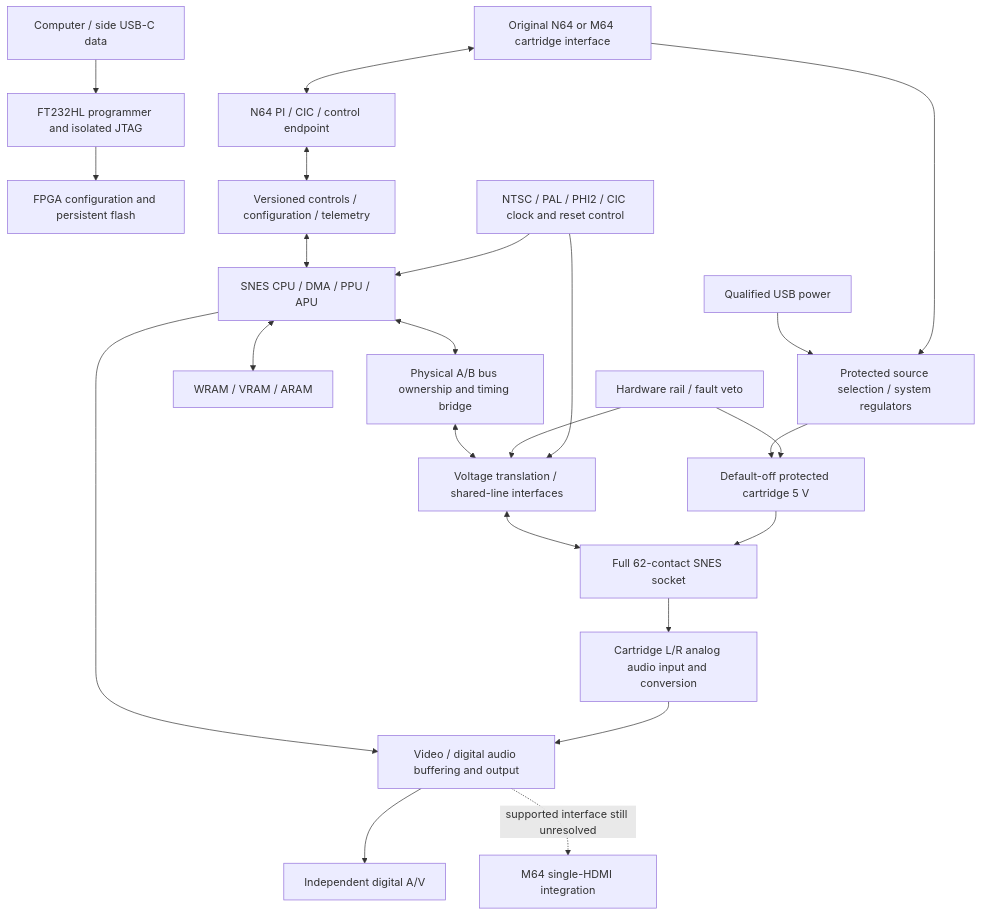
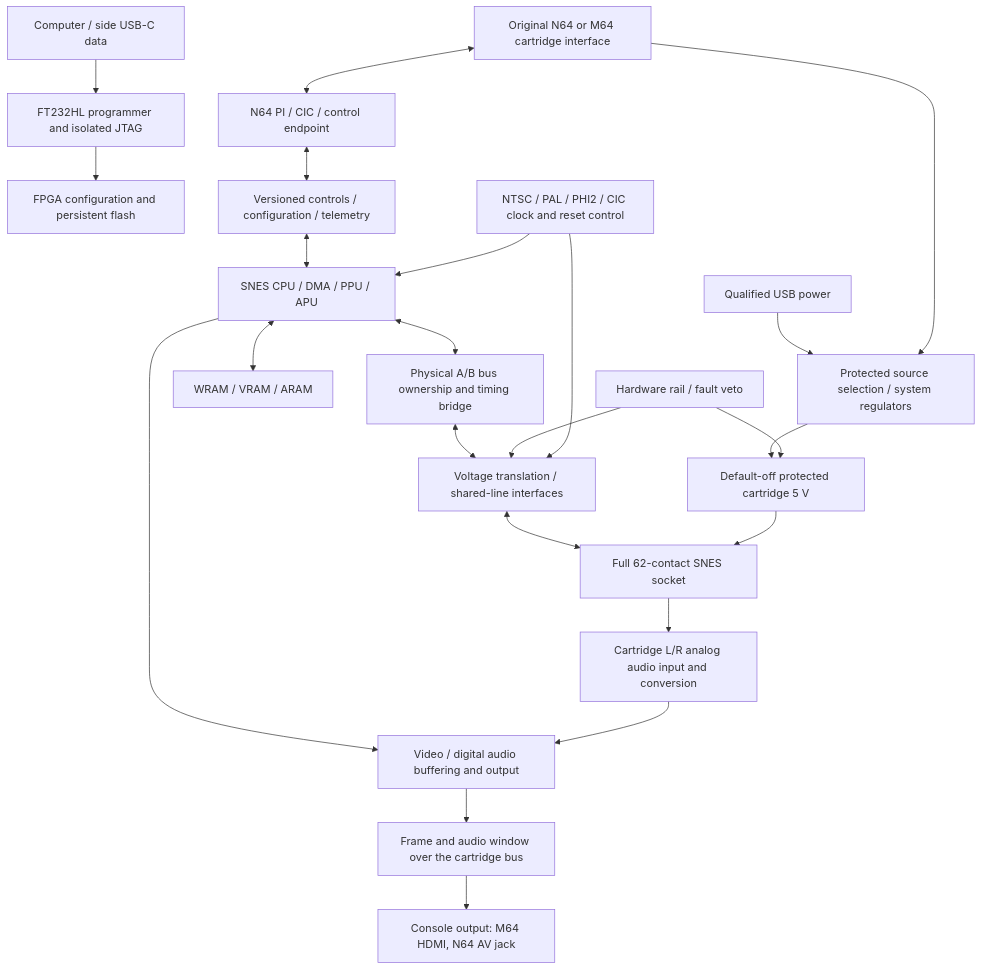
Before and after one commit to FantomZap/SN-64: the diagram in docs/architecture.md, drawn with Mermaid. The commit also changed other lines of this file and 73 other files, not shown here.

First line of the commit message:
Remove the on-board HDMI output: the console's own output is the only video path

````diff
--- a/docs/architecture.md
+++ b/docs/architecture.md
@@ -7,25 +7,25 @@
 ```mermaid
 flowchart TB
   PC[Computer / side USB-C data] --> USB[FT232HL programmer and isolated JTAG]
   USB --> CFG[FPGA configuration and persistent flash]
   US[Qualified USB power] --> PWR[Protected source selection / system regulators]
   HOST[Original N64 or M64 cartridge interface] --> PWR
   HOST <--> ENDPOINT[N64 PI / CIC / control endpoint]
   ENDPOINT <--> MAIL[Versioned controls / configuration / telemetry]
   MAIL <--> CORE[SNES CPU / DMA / PPU / APU]
   CORE <--> MEM[WRAM / VRAM / ARAM]
   CORE <--> BRIDGE[Physical A/B bus ownership and timing bridge]
   BRIDGE <--> LEVEL[Voltage translation / shared-line interfaces]
   LEVEL <--> SLOT[Full 62-contact SNES socket]
   PWR --> SWITCH[Default-off protected cartridge 5 V]
   SWITCH --> SLOT
   MON[Hardware rail / fault veto] --> SWITCH
   MON --> LEVEL
   CLOCK[NTSC / PAL / PHI2 / CIC clock and reset control] --> CORE
   CLOCK --> LEVEL
   CORE --> AV[Video / digital audio buffering and output]
   SLOT --> ANALOG[Cartridge L/R analog audio input and conversion]
   ANALOG --> AV
-  AV --> OUT[Independent digital A/V]
-  AV -. supported interface still unresolved .-> M64[M64 single-HDMI integration]
+  AV --> OUT[Frame and audio window over the cartridge bus]
+  OUT --> HOSTOUT[Console output: M64 HDMI, N64 AV jack]
 ```
````
